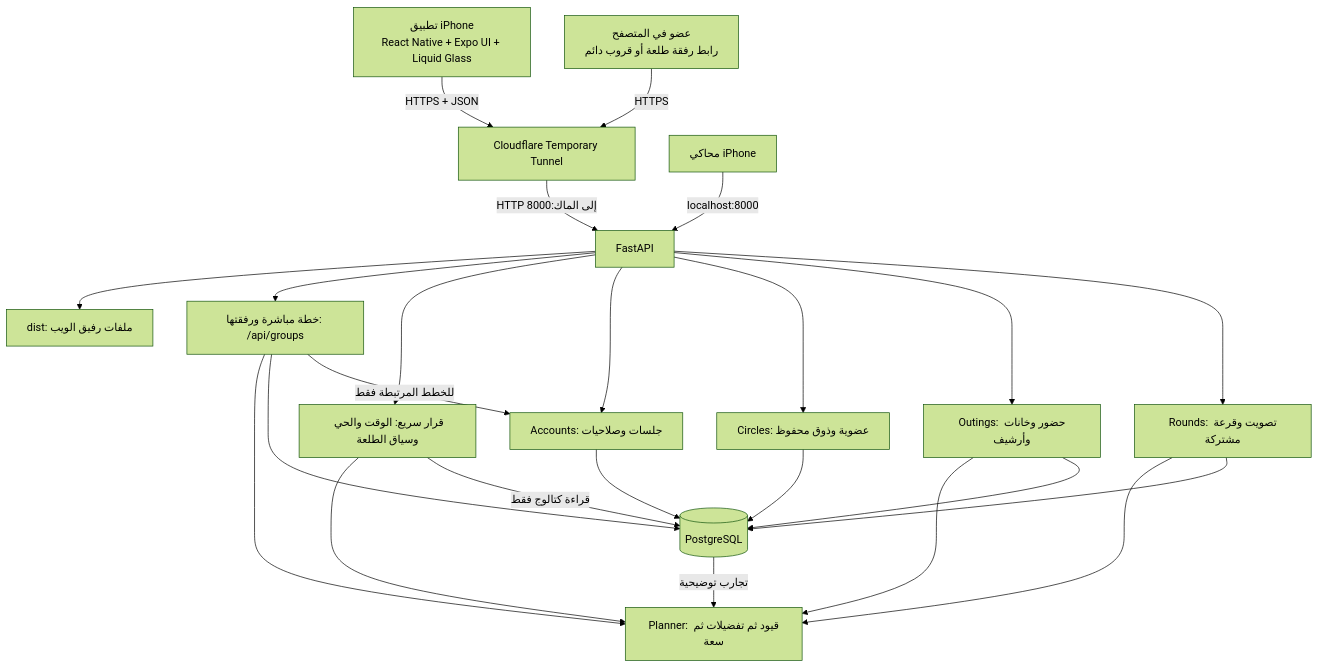
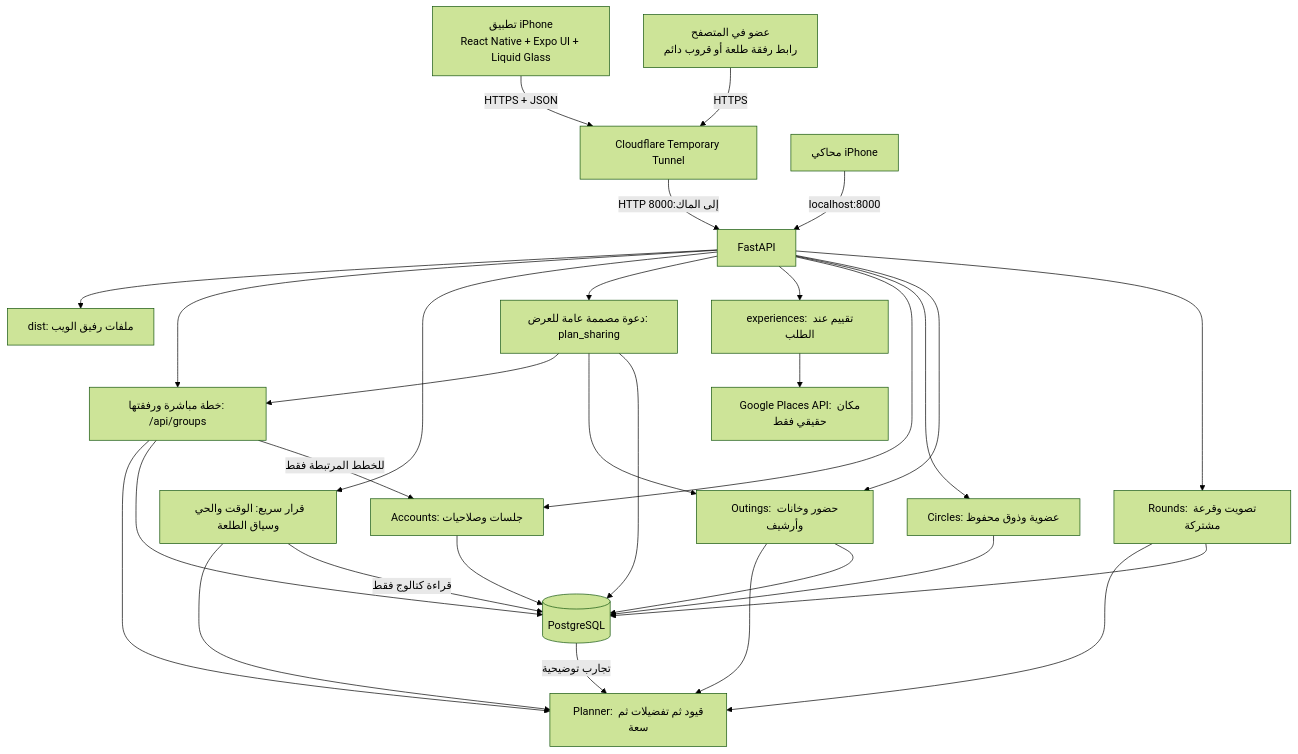
Before and after one commit to shathaaa1110-arch/hatim-app: the first of 6 diagrams in docs/architecture-python-postgres.ar.md, drawn with Mermaid (forest theme). The commit also changed other lines of this file and 55 other files, not shown here.

````diff
--- a/docs/architecture-python-postgres.ar.md
+++ b/docs/architecture-python-postgres.ar.md
@@ -17,26 +17,32 @@
 ```mermaid
 flowchart TB
     I[تطبيق iPhone<br/>React Native + Expo UI + Liquid Glass] -->|HTTPS + JSON| T[Cloudflare Temporary Tunnel]
     W[عضو في المتصفح<br/>رابط رفقة طلعة أو قروب دائم] -->|HTTPS| T
     S[محاكي iPhone] -->|localhost:8000| A[FastAPI]
     T -->|HTTP إلى الماك:8000| A
     A --> F[dist: ملفات رفيق الويب]
     A --> Q[خطة مباشرة ورفقتها: /api/groups]
     A --> Quick[قرار سريع: الوقت والحي وسياق الطلعة]
+    A --> Sharing[دعوة مصممة عامة للعرض: plan_sharing]
+    Sharing --> Q
+    Sharing --> O
+    Sharing --> DB
+    A --> Rating[experiences: تقييم عند الطلب]
+    Rating --> Google[Google Places API: مكان حقيقي فقط]
     Quick --> P
     Quick -->|قراءة كتالوج فقط| DB
     Q --> P
     Q --> DB
     Q -->|للخطط المرتبطة فقط| AU
     A --> AU[Accounts: جلسات وصلاحيات]
     A --> G[Circles: عضوية وذوق محفوظ]
     A --> O[Outings: حضور وخانات وأرشيف]
     A --> R[Rounds: تصويت وقرعة مشتركة]
     O --> P[Planner: قيود ثم تفضيلات ثم سعة]
     R --> P
     AU --> DB[(PostgreSQL)]
     G --> DB
     O --> DB
     R --> DB
     DB -->|تجارب توضيحية| P
 ```
````
